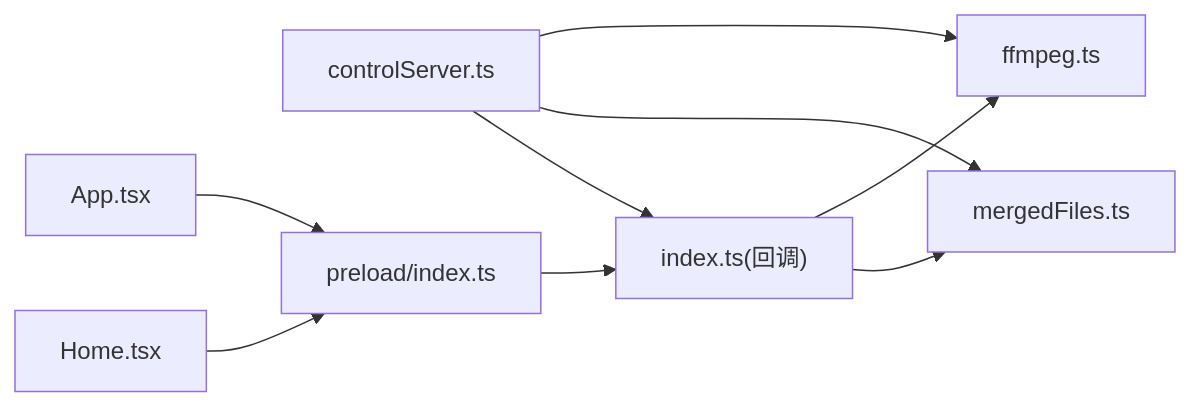
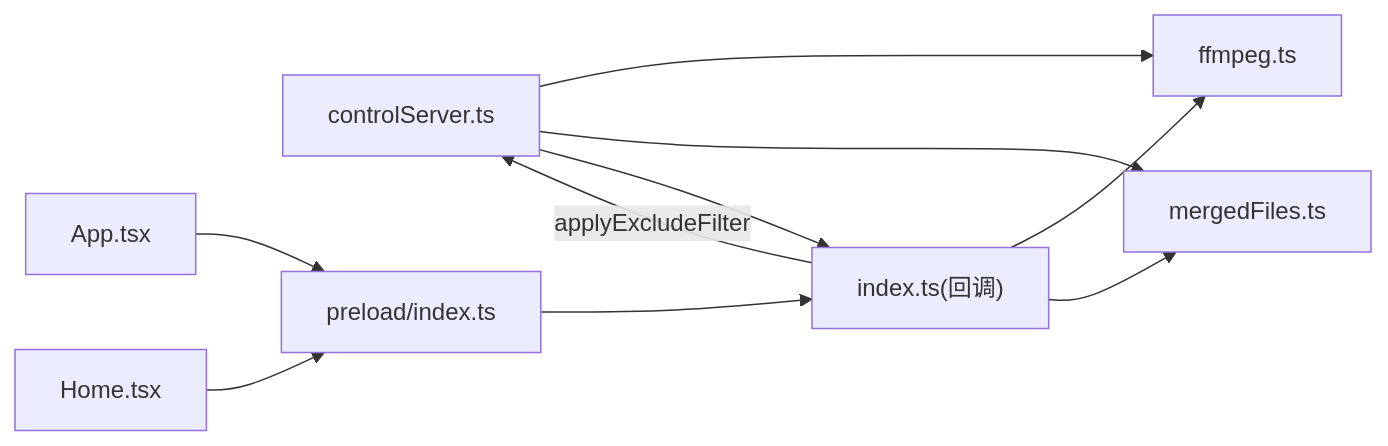
Before and after one commit to HoarfrostKimi/Video-Merger: the fourth of 4 diagrams in .qoder/repowiki/zh/content/架构设计/移动端控制服务器.md, drawn with Mermaid. The commit also changed other lines of this file and 43 other files, not shown here.

````diff
--- a/.qoder/repowiki/zh/content/架构设计/移动端控制服务器.md
+++ b/.qoder/repowiki/zh/content/架构设计/移动端控制服务器.md
@@ -267,11 +298,12 @@
 ```mermaid
 graph LR
 CS["controlServer.ts"] --> FF["ffmpeg.ts"]
 CS --> MF["mergedFiles.ts"]
 CS --> IDX["index.ts(回调)"]
 IDX --> FF
 IDX --> MF
 PRE["preload/index.ts"] --> IDX
 APP["App.tsx"] --> PRE
 HOME["Home.tsx"] --> PRE
+IDX --> |applyExcludeFilter| CS
 ```
````
